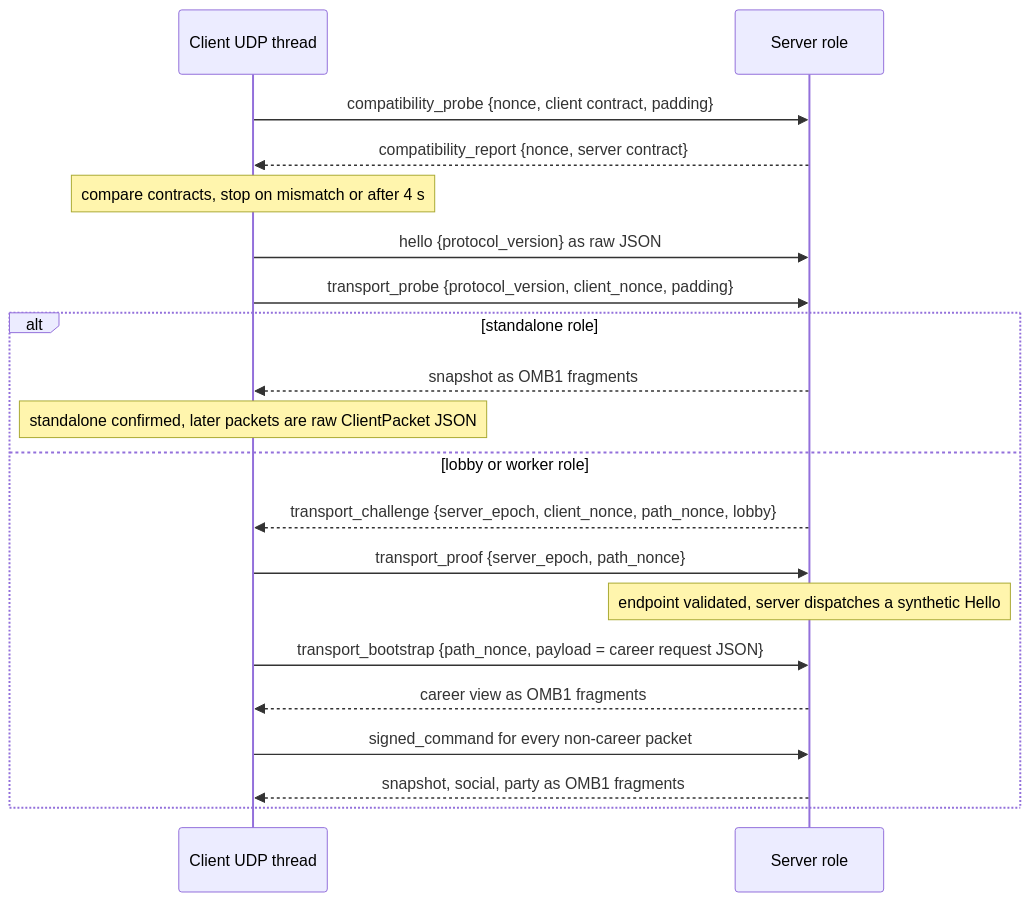
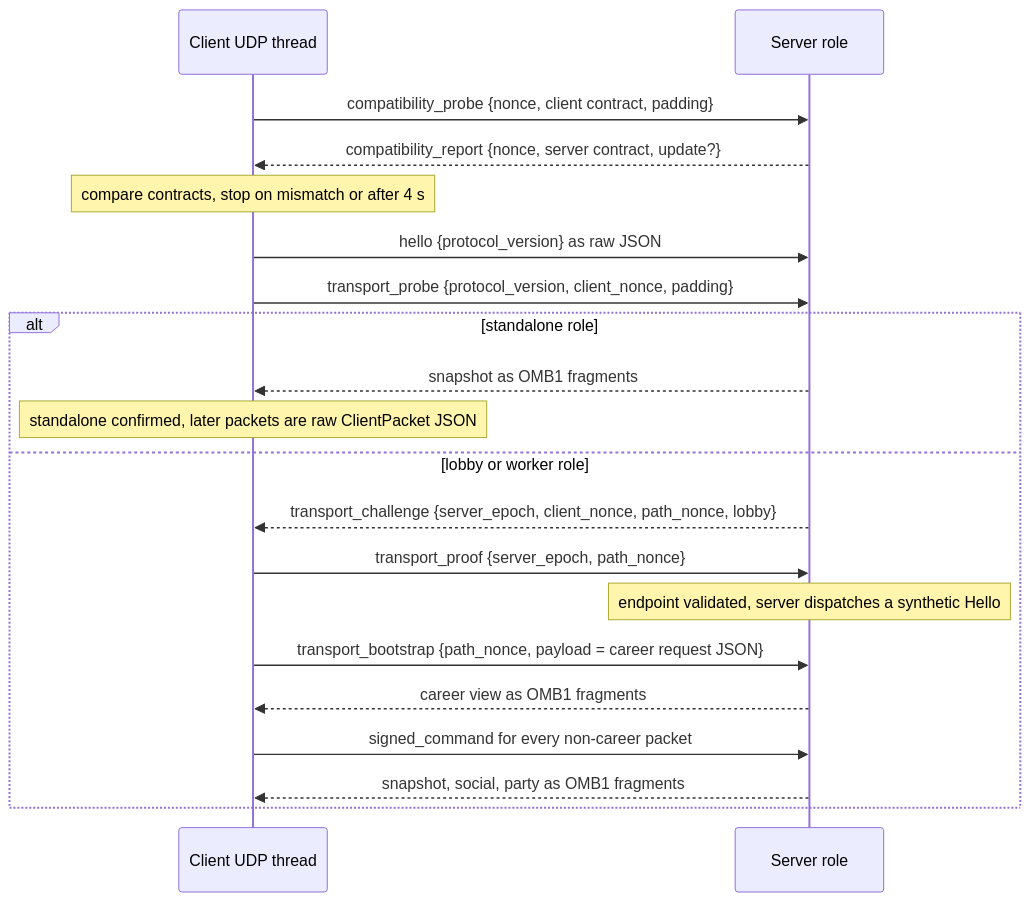
The first of 3 diagrams in docs/architecture/protocols.md (o-moba/omoba-bevy), drawn with Mermaid before and after one commit. The commit also changed other lines of this file and 37 other files, not shown here.

````diff
--- a/docs/architecture/protocols.md
+++ b/docs/architecture/protocols.md
@@ -80,22 +80,22 @@
 ```mermaid
 sequenceDiagram
     participant C as Client UDP thread
     participant S as Server role
     C->>S: compatibility_probe {nonce, client contract, padding}
-    S-->>C: compatibility_report {nonce, server contract}
+    S-->>C: compatibility_report {nonce, server contract, update?}
     Note over C: compare contracts, stop on mismatch or after 4 s
     C->>S: hello {protocol_version} as raw JSON
     C->>S: transport_probe {protocol_version, client_nonce, padding}
     alt standalone role
         S-->>C: snapshot as OMB1 fragments
         Note over C: standalone confirmed, later packets are raw ClientPacket JSON
     else lobby or worker role
         S-->>C: transport_challenge {server_epoch, client_nonce, path_nonce, lobby}
         C->>S: transport_proof {server_epoch, path_nonce}
         Note over S: endpoint validated, server dispatches a synthetic Hello
         C->>S: transport_bootstrap {path_nonce, payload = career request JSON}
         S-->>C: career view as OMB1 fragments
         C->>S: signed_command for every non-career packet
         S-->>C: snapshot, social, party as OMB1 fragments
     end
 ```
````
